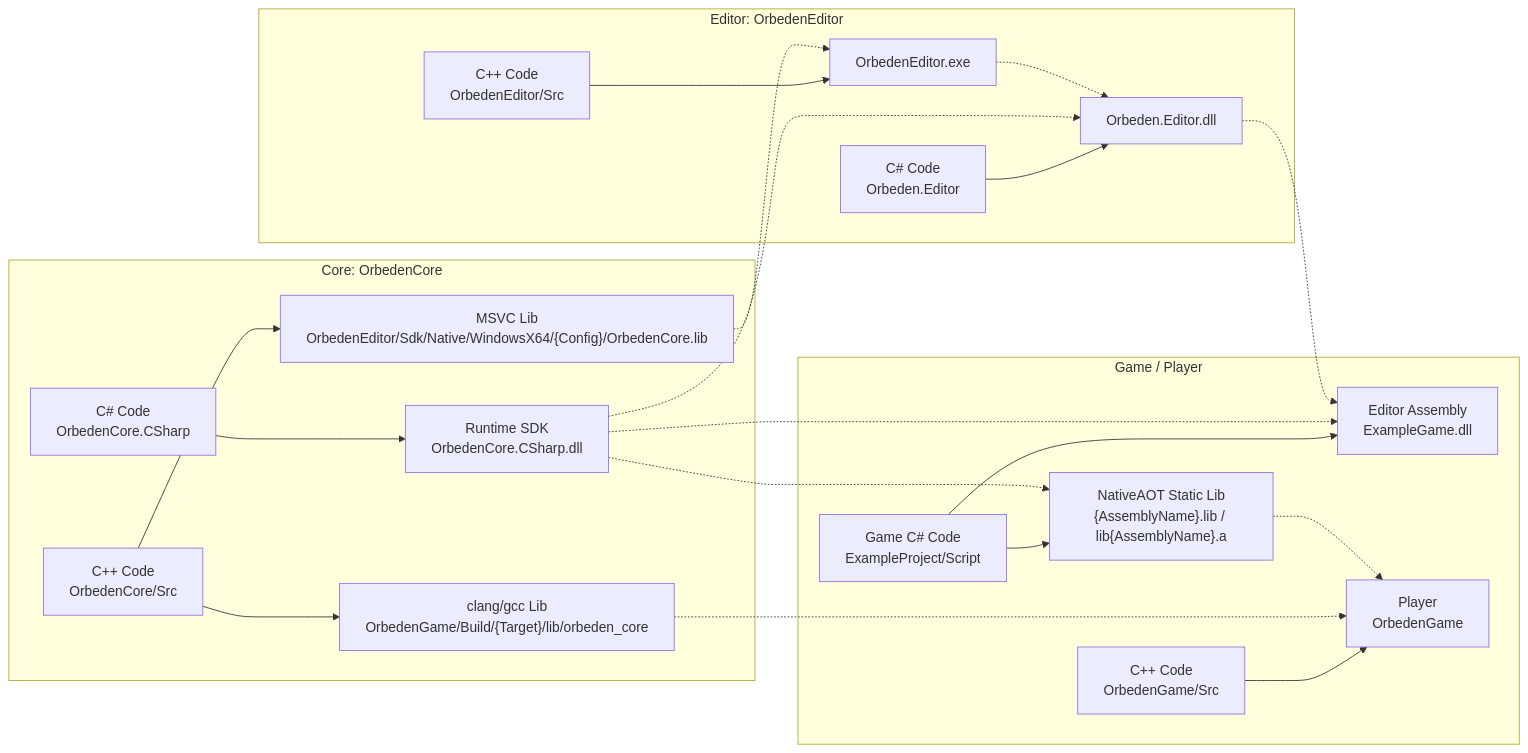
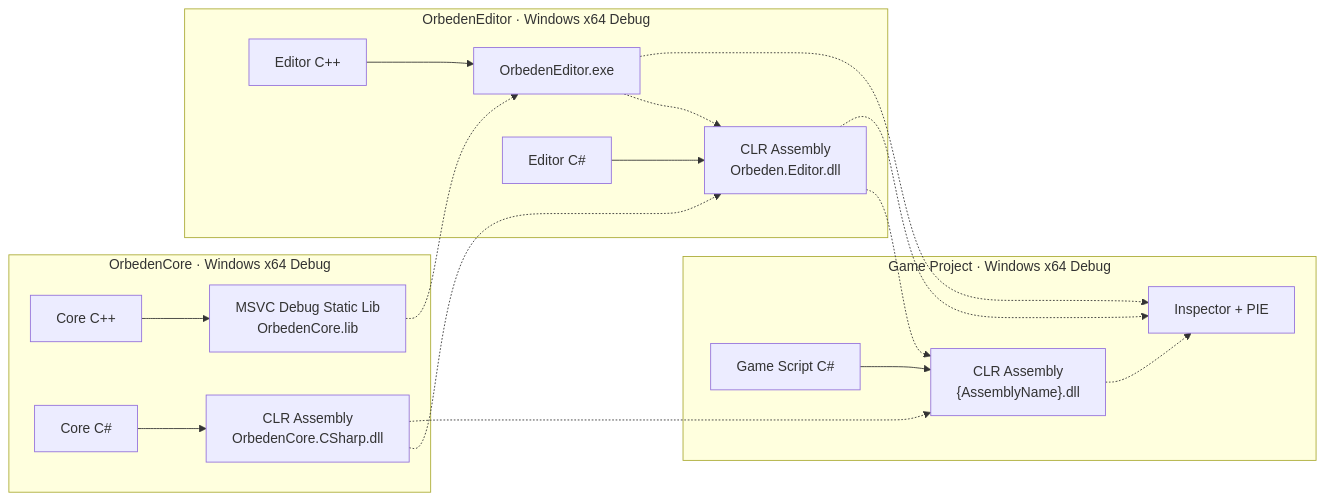
One commit to REW-Z/orbeden changed the first of 3 diagrams in Docs/BuildAndPackaging.md. Above: the diagram before and after it, drawn with Mermaid. The commit also changed other lines of this file and 49 other files, not shown here.

````diff
--- a/Docs/BuildAndPackaging.md
+++ b/Docs/BuildAndPackaging.md
@@ -23,43 +36,26 @@
 ```mermaid
 flowchart LR
-    subgraph Core["Core: OrbedenCore"]
-        CoreCpp["C++ Code\nOrbedenCore/Src"]
-        CoreCs["C# Code\nOrbedenCore.CSharp"]
-        CoreMsvcLib["MSVC Lib\nOrbedenEditor/Sdk/Native/WindowsX64/{Config}/OrbedenCore.lib"]
-        CorePlayerLib["clang/gcc Lib\nOrbedenGame/Build/{Target}/lib/orbeden_core"]
-        CoreSdk["Runtime SDK\nOrbedenCore.CSharp.dll"]
+    subgraph Core["OrbedenCore · Windows x64 Debug"]
+        CoreCpp["Core C++"] --> CoreLib["MSVC Debug Static Lib\nOrbedenCore.lib"]
+        CoreCs["Core C#"] --> CoreDll["CLR Assembly\nOrbedenCore.CSharp.dll"]
     end
 
-    subgraph Editor["Editor: OrbedenEditor"]
-        EditorCpp["C++ Code\nOrbedenEditor/Src"]
-        EditorCs["C# Code\nOrbeden.Editor"]
-        EditorExe["OrbedenEditor.exe"]
-        EditorDll["Orbeden.Editor.dll"]
+    subgraph Editor["OrbedenEditor · Windows x64 Debug"]
+        EditorCpp["Editor C++"] --> EditorExe["OrbedenEditor.exe"]
+        EditorCs["Editor C#"] --> EditorDll["CLR Assembly\nOrbeden.Editor.dll"]
     end
 
-    subgraph Game["Game / Player"]
-        GameCpp["C++ Code\nOrbedenGame/Src"]
-        GameCs["Game C# Code\nExampleProject/Script"]
-        GameDll["Editor Assembly\nExampleGame.dll"]
-        GameAot["NativeAOT Static Lib\n{AssemblyName}.lib / lib{AssemblyName}.a"]
-        GameExe["Player\nOrbedenGame"]
+    subgraph Game["Game Project · Windows x64 Debug"]
+        GameCs["Game Script C#"] --> GameDll["CLR Assembly\n{AssemblyName}.dll"]
+        PIE["Inspector + PIE"]
     end
 
-    CoreCpp --> CoreMsvcLib
-    CoreCpp --> CorePlayerLib
-    CoreCs --> CoreSdk
-    EditorCpp --> EditorExe
-    EditorCs --> EditorDll
-    GameCs --> GameDll
-    GameCs --> GameAot
-    GameCpp --> GameExe
-
-    CoreMsvcLib -.-> EditorExe
-    CorePlayerLib -.-> GameExe
-    CoreSdk -.-> EditorDll
-    CoreSdk -.-> GameDll
-    CoreSdk -.-> GameAot
+    CoreLib -.-> EditorExe
+    CoreDll -.-> EditorDll
+    CoreDll -.-> GameDll
     EditorExe -.-> EditorDll
     EditorDll -.-> GameDll
-    GameAot -.-> GameExe
+    EditorExe -.-> PIE
+    EditorDll -.-> PIE
+    GameDll -.-> PIE
 ```
````
